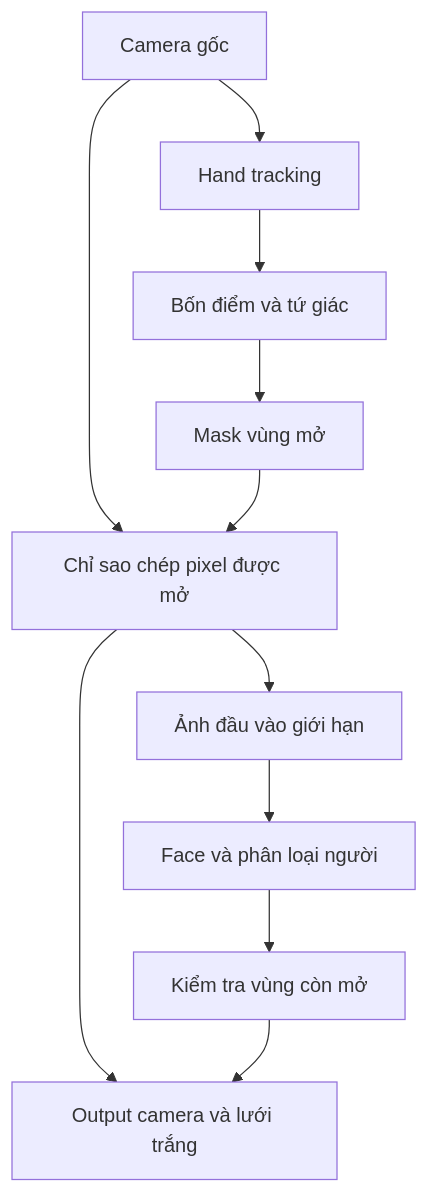
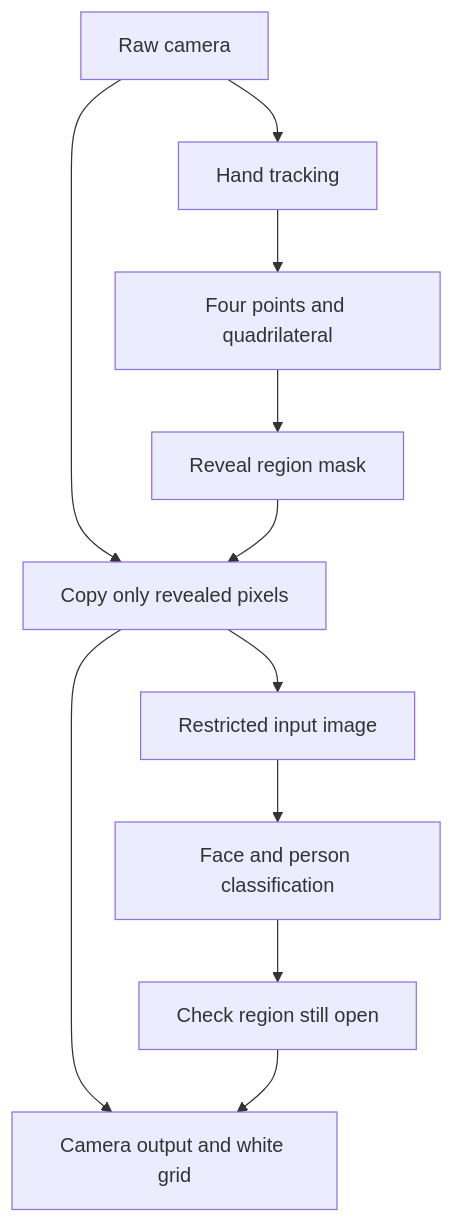
One commit to Lorah101204/Finger_And_Face_Tracking changed the diagram in docs/Plan-Web-Camera-Tracking.md. Above: the diagram before and after it, drawn with Mermaid. The commit also changed other lines of this file and 35 other files, not shown here.

````diff
--- a/docs/Plan-Web-Camera-Tracking.md
+++ b/docs/Plan-Web-Camera-Tracking.md
@@ -44,13 +44,13 @@
 ```mermaid
 flowchart TD
-    A[Camera gốc] --> B[Hand tracking]
-    B --> C[Bốn điểm và tứ giác]
-    C --> D[Mask vùng mở]
-    A --> E[Chỉ sao chép pixel được mở]
+    A[Raw camera] --> B[Hand tracking]
+    B --> C[Four points and quadrilateral]
+    C --> D[Reveal region mask]
+    A --> E[Copy only revealed pixels]
     D --> E
-    E --> F[Output camera và lưới trắng]
-    E --> G[Ảnh đầu vào giới hạn]
-    G --> H[Face và phân loại người]
-    H --> I[Kiểm tra vùng còn mở]
+    E --> F[Camera output and white grid]
+    E --> G[Restricted input image]
+    G --> H[Face and person classification]
+    H --> I[Check region still open]
     I --> F
 ```
````
